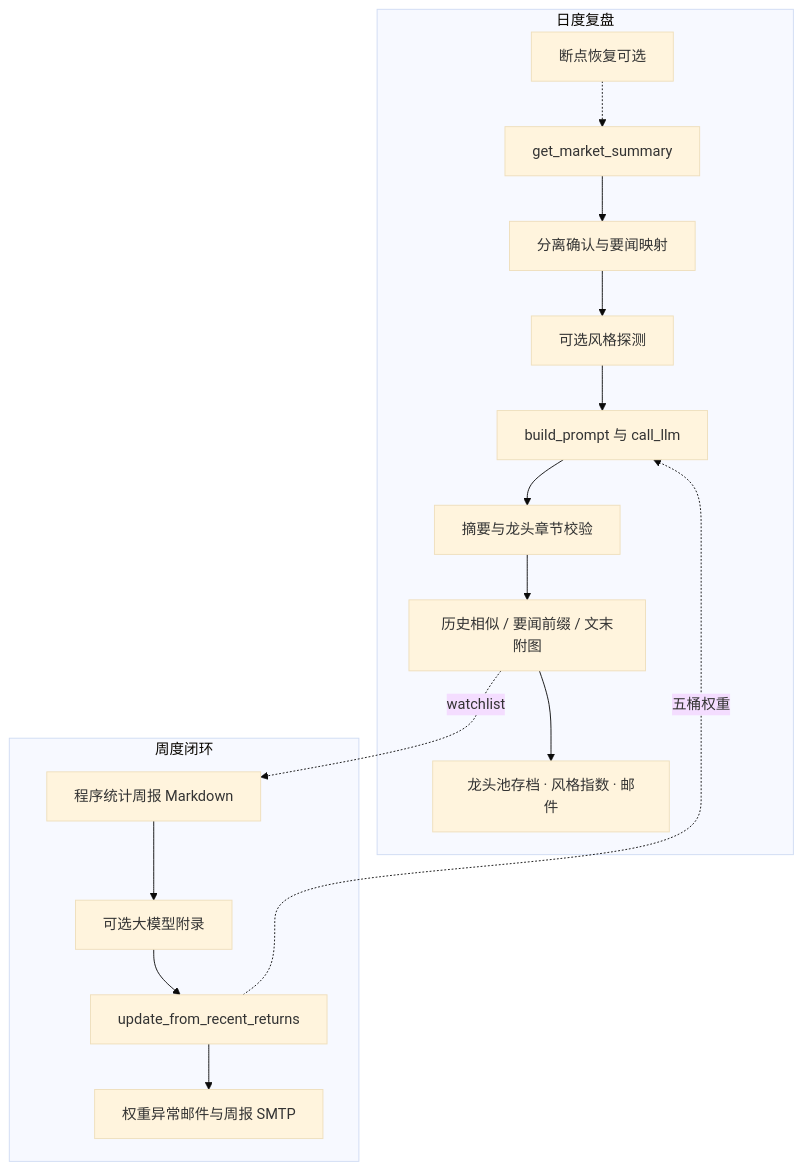
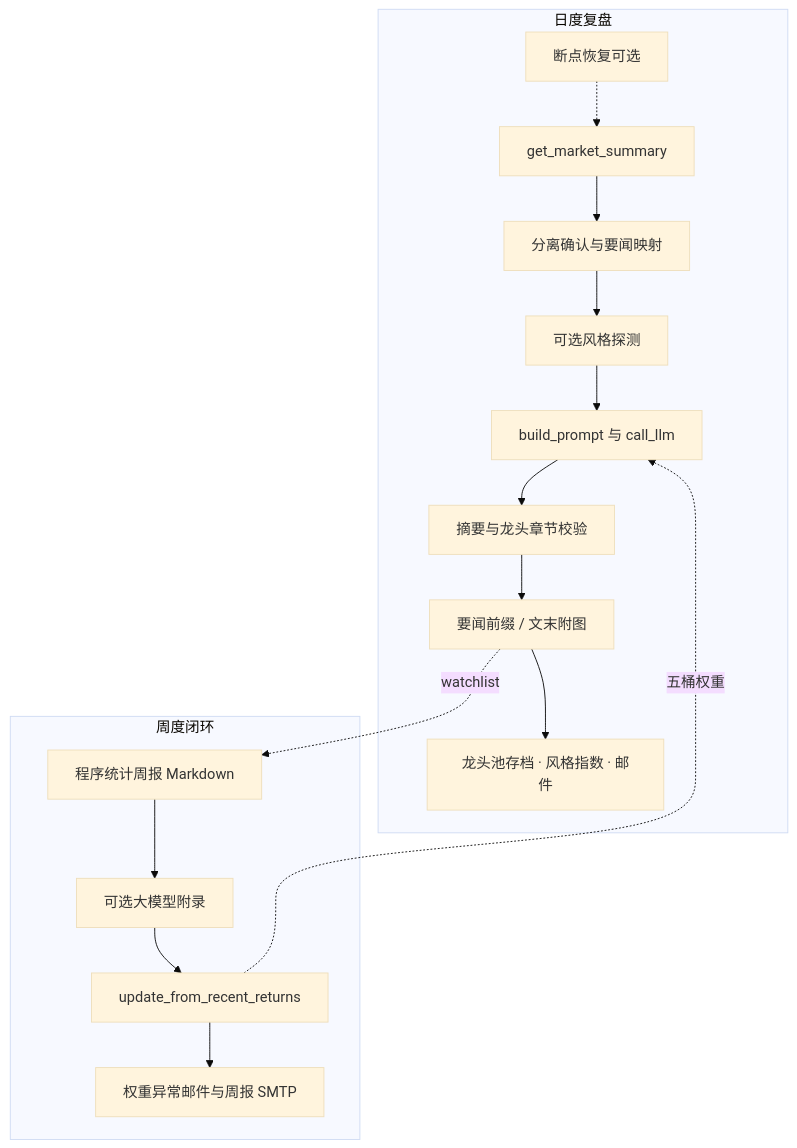
The diagram in README.md (doubiaaa/PythonProject1), drawn with Mermaid (base theme) before and after one commit. The commit also changed other lines of this file and 6 other files, not shown here.

````diff
--- a/README.md
+++ b/README.md
@@ -76,26 +76,26 @@
 ```mermaid
 flowchart TB
     subgraph daily["日度复盘"]
         A[get_market_summary]
         B[断点恢复可选]
         C[分离确认与要闻映射]
         D[可选风格探测]
         E[build_prompt 与 call_llm]
         F[摘要与龙头章节校验]
-        G[历史相似 / 要闻前缀 / 文末附图]
+        G[要闻前缀 / 文末附图]
         H[龙头池存档 · 风格指数 · 邮件]
         B -.-> A
         A --> C --> D --> E --> F --> G --> H
     end
 
     subgraph weekly["周度闭环"]
         W1[程序统计周报 Markdown]
         W2[可选大模型附录]
         W3[update_from_recent_returns]
         W4[权重异常邮件与周报 SMTP]
         W1 --> W2 --> W3 --> W4
     end
 
     G -.->|watchlist| W1
     W3 -.->|五桶权重| E
 ```
````
